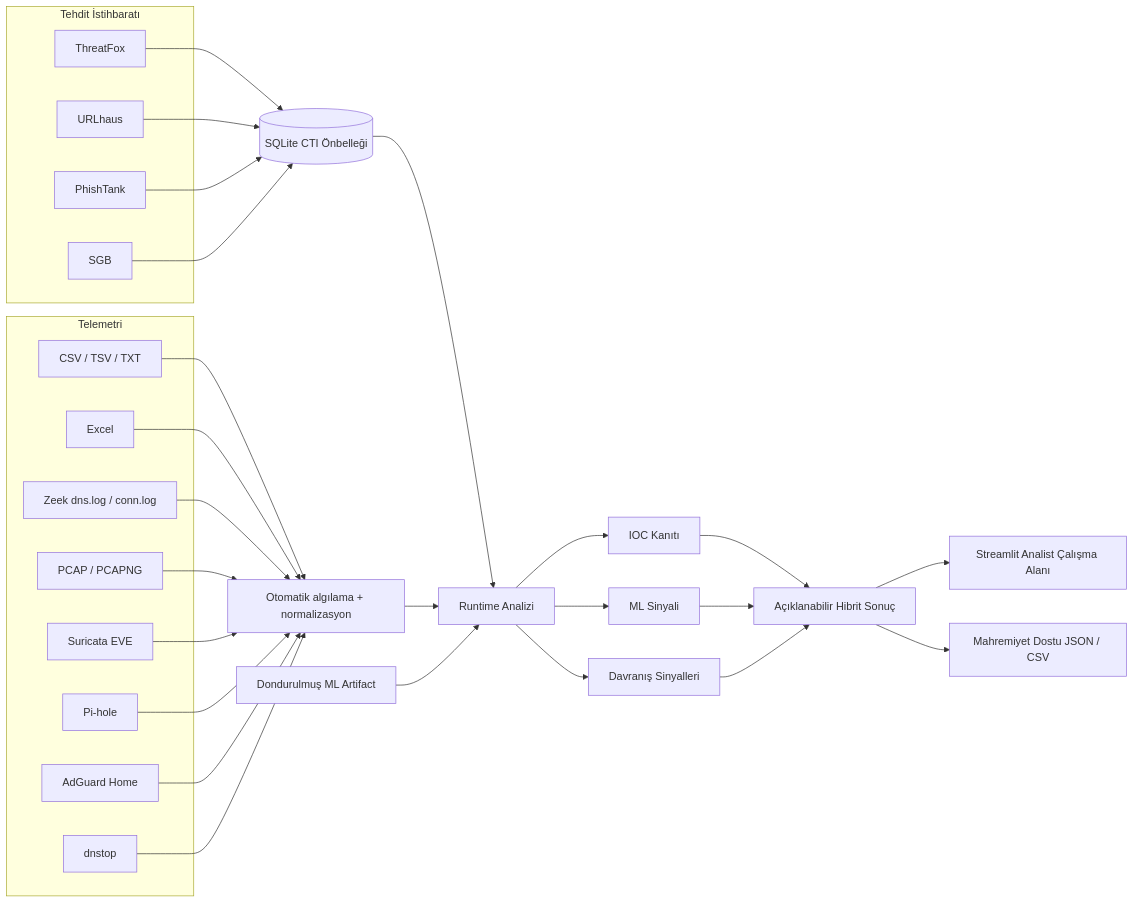
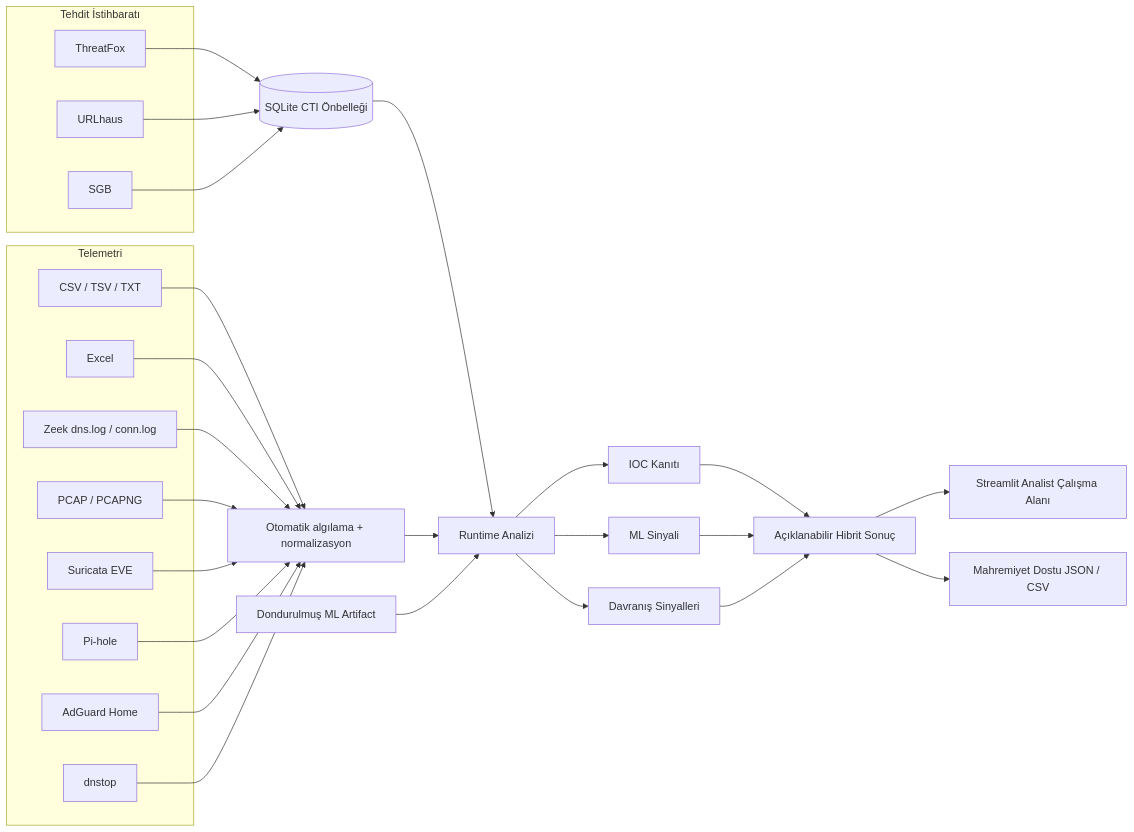
The diagram in README.tr.md (ConquestorYa/threatfusion-ai), drawn with Mermaid before and after one commit. The commit also changed other lines of this file and 30 other files, not shown here.

First line of the commit message:
feat(cti): remove PhishTank (DEC-089)

```diff
--- a/README.tr.md
+++ b/README.tr.md
@@ -144,49 +143,47 @@
 ~~~mermaid
 flowchart LR
     subgraph CTI["Tehdit İstihbaratı"]
         TF[ThreatFox]
         UH[URLhaus]
-        PT[PhishTank]
         SGB[SGB]
     end
 
     subgraph INPUT["Telemetri"]
         CSV[CSV / TSV / TXT]
         XLS[Excel]
         ZEEK[Zeek dns.log / conn.log]
         PCAP[PCAP / PCAPNG]
         SURI[Suricata EVE]
         PI[Pi-hole]
         AG[AdGuard Home]
         DST[dnstop]
     end
 
     TF --> CACHE[(SQLite CTI Önbelleği)]
     UH --> CACHE
-    PT --> CACHE
     SGB --> CACHE
 
     CSV --> INGEST[Otomatik algılama + normalizasyon]
     XLS --> INGEST
     ZEEK --> INGEST
     PCAP --> INGEST
     SURI --> INGEST
     PI --> INGEST
     AG --> INGEST
     DST --> INGEST
 
     CACHE --> ANALYZE[Runtime Analizi]
     INGEST --> ANALYZE
     MODEL[Dondurulmuş ML Artifact] --> ANALYZE
 
     ANALYZE --> IOC[IOC Kanıtı]
     ANALYZE --> ML[ML Sinyali]
     ANALYZE --> DNS[Davranış Sinyalleri]
 
     IOC --> VERDICT[Açıklanabilir Hibrit Sonuç]
     ML --> VERDICT
     DNS --> VERDICT
 
     VERDICT --> UI[Streamlit Analist Çalışma Alanı]
     VERDICT --> REPORT[Mahremiyet Dostu JSON / CSV]
 ~~~
```
